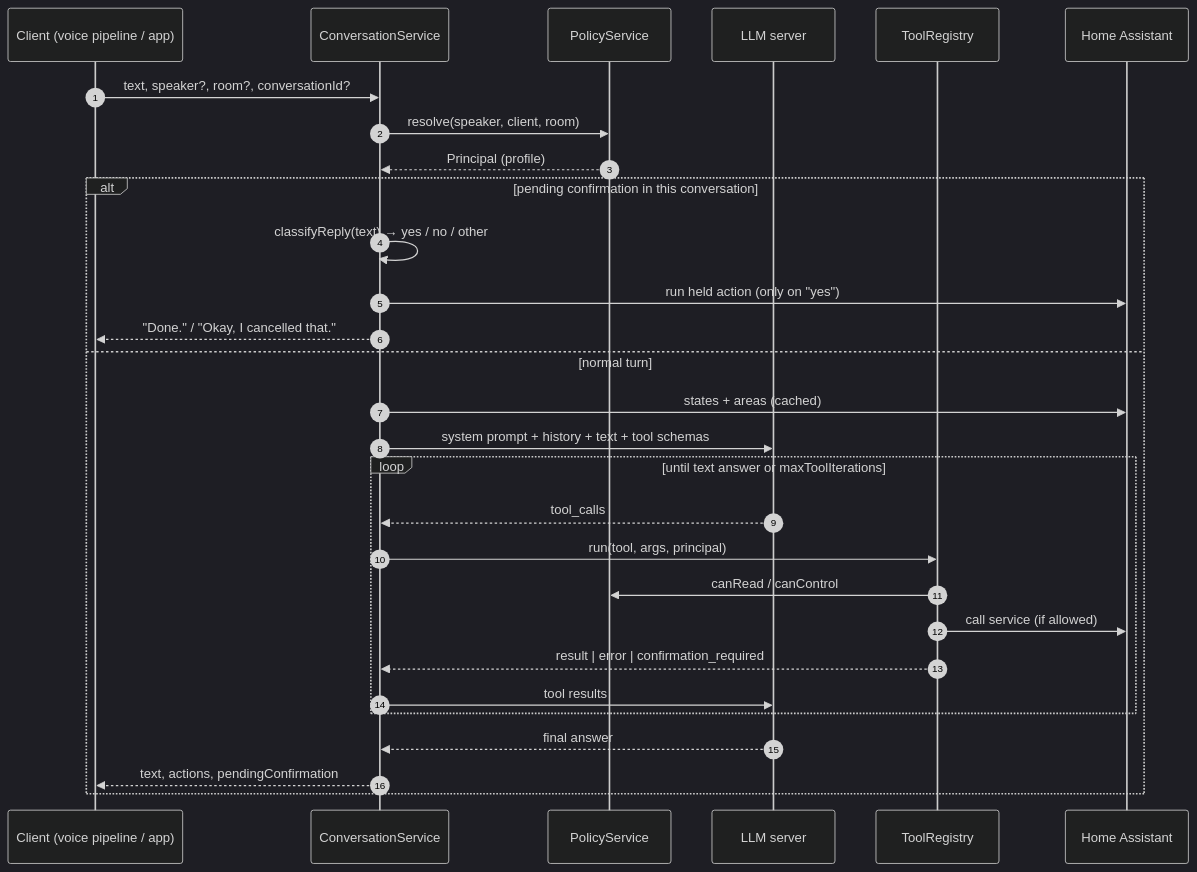
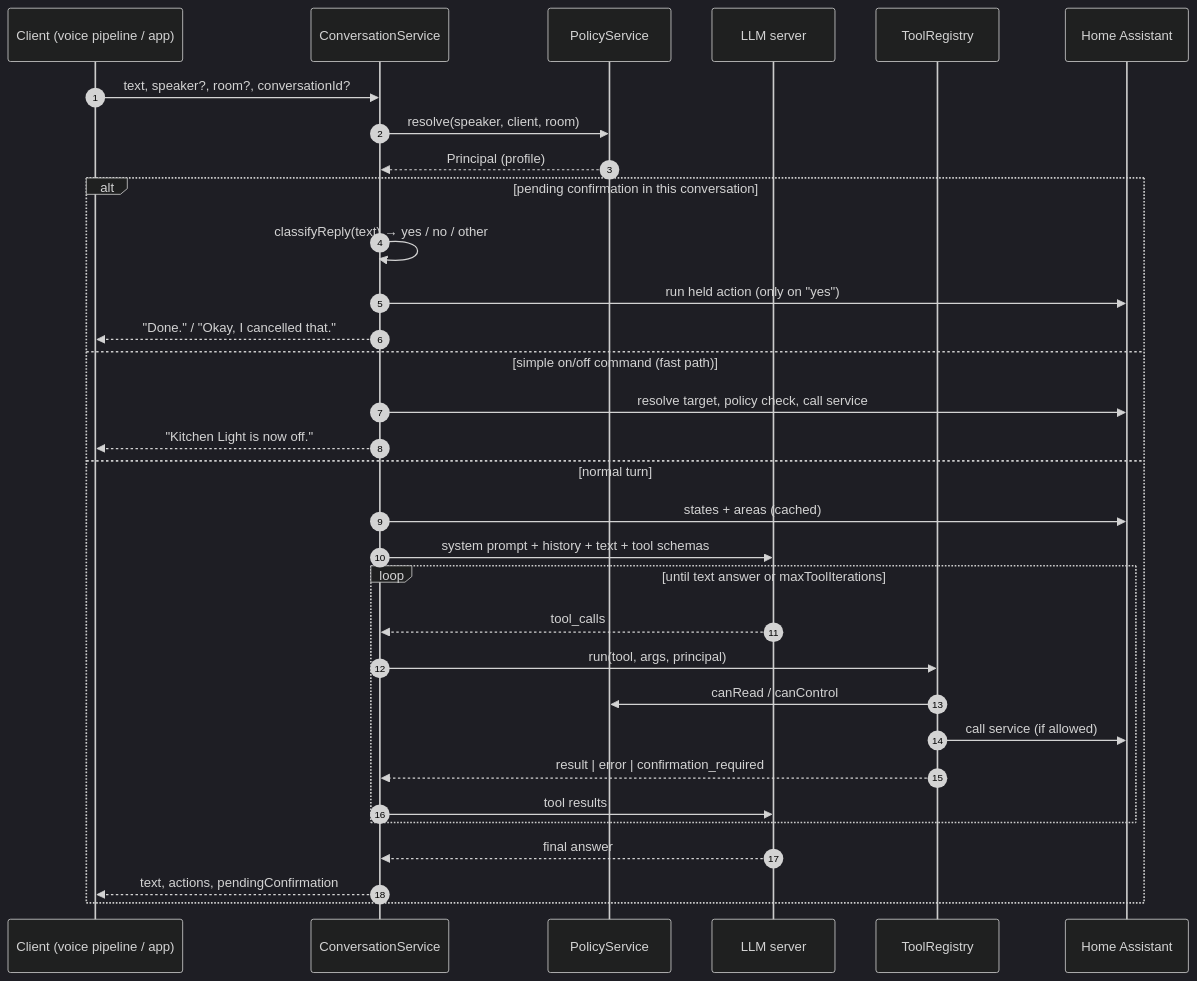
One commit to r1ckyrockz/aura-gateway changed the diagram in docs/architecture.md. Above: the diagram before and after it, drawn with Mermaid (dark theme). The commit also changed other lines of this file and 27 other files, not shown here.

First line of the commit message:
feat: fast path, SSE event stream and Prometheus metrics (v0.2.0)

````diff
--- a/docs/architecture.md
+++ b/docs/architecture.md
@@ -24,32 +26,35 @@
 ```mermaid
 sequenceDiagram
   autonumber
   participant C as Client (voice pipeline / app)
   participant G as ConversationService
   participant P as PolicyService
   participant L as LLM server
   participant T as ToolRegistry
   participant H as Home Assistant
 
   C->>G: text, speaker?, room?, conversationId?
   G->>P: resolve(speaker, client, room)
   P-->>G: Principal (profile)
   alt pending confirmation in this conversation
     G->>G: classifyReply(text) → yes / no / other
     G->>H: run held action (only on "yes")
     G-->>C: "Done." / "Okay, I cancelled that."
+  else simple on/off command (fast path)
+    G->>H: resolve target, policy check, call service
+    G-->>C: "Kitchen Light is now off."
   else normal turn
     G->>H: states + areas (cached)
     G->>L: system prompt + history + text + tool schemas
     loop until text answer or maxToolIterations
       L-->>G: tool_calls
       G->>T: run(tool, args, principal)
       T->>P: canRead / canControl
       T->>H: call service (if allowed)
       T-->>G: result | error | confirmation_required
       G->>L: tool results
     end
     L-->>G: final answer
     G-->>C: text, actions, pendingConfirmation
   end
 ```
````
